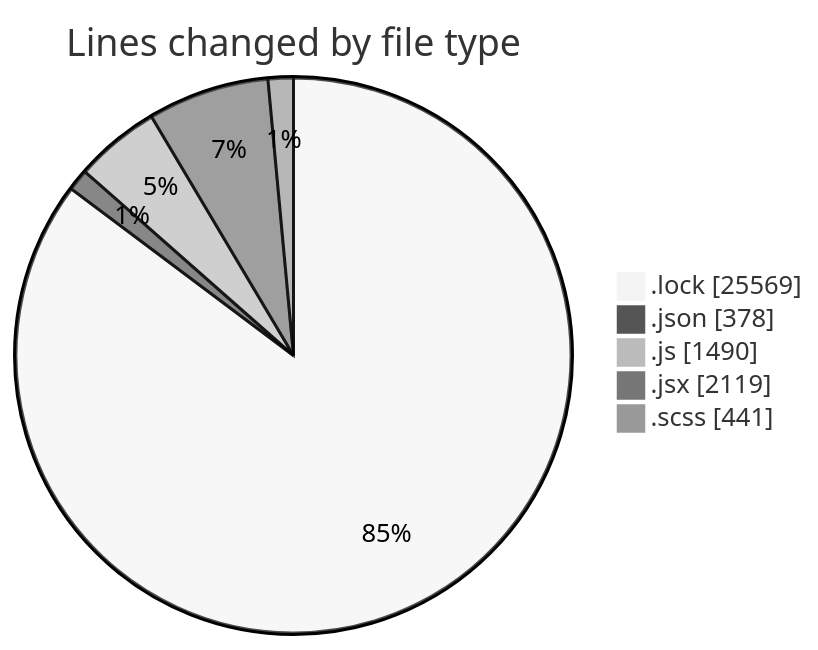
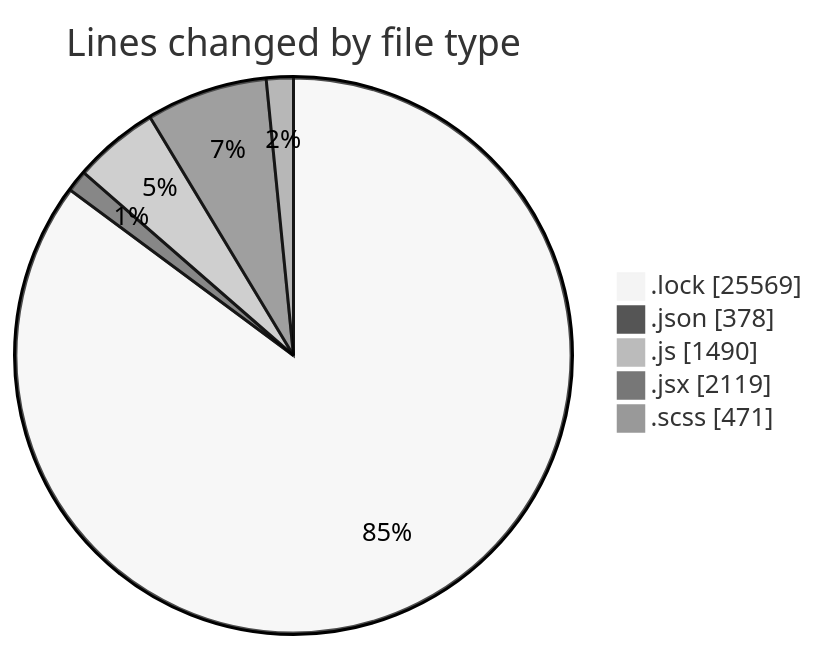
The first of 2 diagrams in 2026-01-07/cda/README.md (momahboobian/code-tracking), drawn with Mermaid (neutral theme) before and after one commit. The commit also changed other lines of this file and 1 other file, not shown here.

````diff
--- a/2026-01-07/cda/README.md
+++ b/2026-01-07/cda/README.md
@@ -50,9 +50,9 @@
 ```mermaid
 pie showData
 title Lines changed by file type
 ".lock" : 25569
 ".json" : 378
 ".js" : 1490
 ".jsx" : 2119
-".scss" : 441
+".scss" : 471
 ```
````
